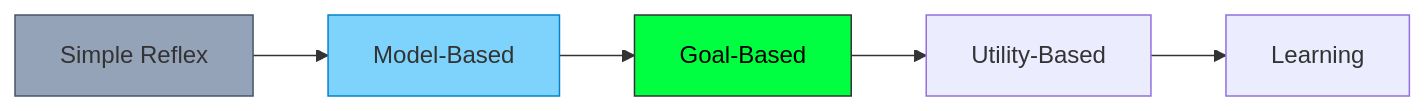
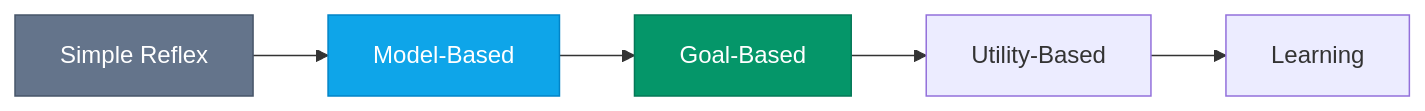
The first of 3 diagrams in clase/03_logica/01_intro.md (NuriaGarciaV/ia_p26), drawn with Mermaid before and after one commit. The commit also changed other lines of this file and 5 other files, not shown here.

Commit message:
improved mermaid colouring

````diff
--- a/clase/03_logica/01_intro.md
+++ b/clase/03_logica/01_intro.md
@@ -11,11 +11,11 @@
 ```mermaid
 graph LR
     A[Simple Reflex] --> B[Model-Based]
     B --> C[Goal-Based]
     C --> D[Utility-Based]
     D --> E[Learning]
     
-    style A fill:#94a3b8,stroke:#475569
-    style B fill:#7dd3fc,stroke:#0284c7
-    style C fill:#00ff41,stroke:#333,color:#000
+    style A fill:#64748b,stroke:#475569,color:#fff
+    style B fill:#0ea5e9,stroke:#0284c7,color:#fff
+    style C fill:#059669,stroke:#047857,color:#fff
 ```
````
